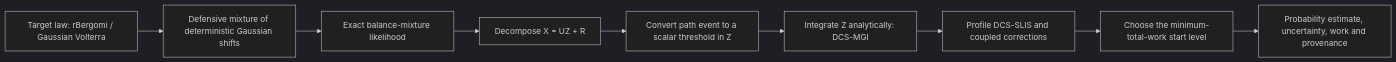
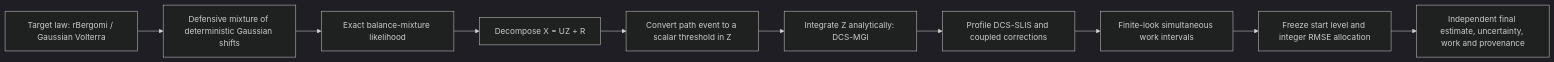
Before and after one commit to YoungJun0814/Neural_Path_Intergral: the diagram in README.md, drawn with Mermaid (dark theme). The commit also changed other lines of this file and 33 other files, not shown here.

````diff
--- a/README.md
+++ b/README.md
@@ -74,11 +85,12 @@
 ```mermaid
 flowchart LR
     A["Target law: rBergomi / Gaussian Volterra"] --> B["Defensive mixture of deterministic Gaussian shifts"]
     B --> C["Exact balance-mixture likelihood"]
     C --> D["Decompose X = UZ + R"]
     D --> E["Convert path event to a scalar threshold in Z"]
     E --> F["Integrate Z analytically: DCS-MGI"]
     F --> G["Profile DCS-SLIS and coupled corrections"]
-    G --> H["Choose the minimum-total-work start level"]
-    H --> I["Probability estimate, uncertainty, work and provenance"]
+    G --> H["Finite-look simultaneous work intervals"]
+    H --> I["Freeze start level and integer RMSE allocation"]
+    I --> J["Independent final estimate, uncertainty, work and provenance"]
 ```
````
